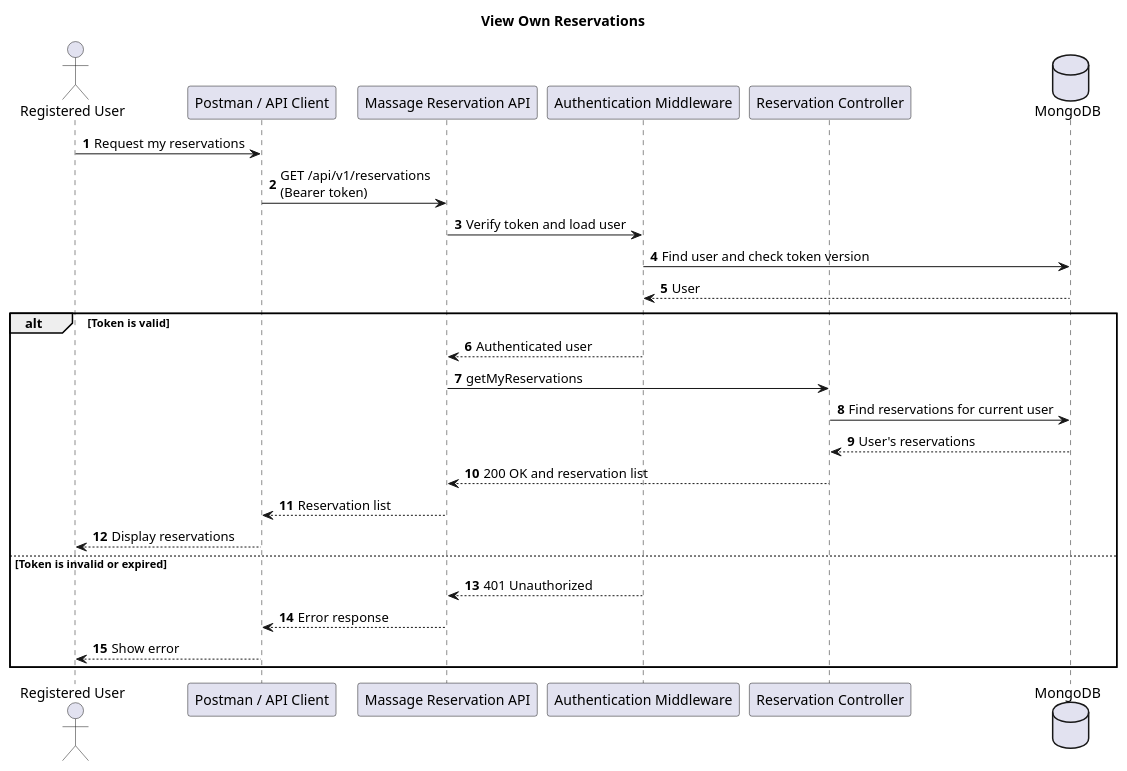
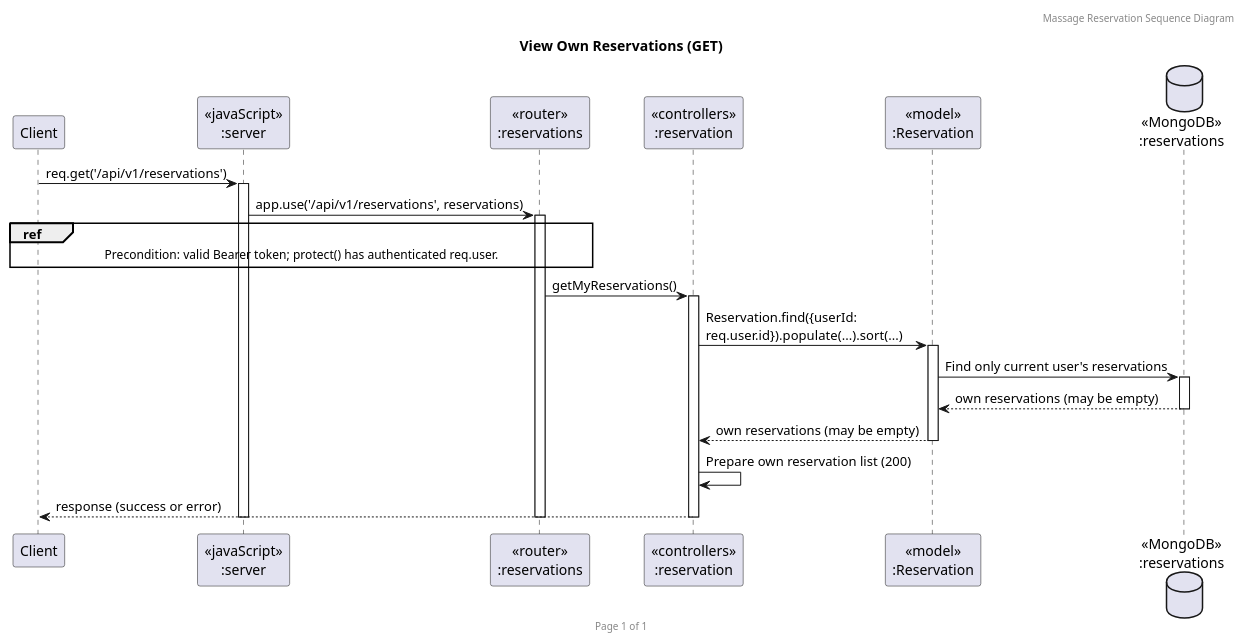
The diagram in docs/diagram/sequence-diagram/specified-requirements/06-view-own-reservations.puml (pim3567/SW-DEV-PRAC-Final-Project), drawn with PlantUML before and after one commit. The commit also changed 12 other files, not shown here.

Commit message:
chore: modified sequence diagrams

```diff
--- a/docs/diagram/sequence-diagram/specified-requirements/06-view-own-reservations.puml
+++ b/docs/diagram/sequence-diagram/specified-requirements/06-view-own-reservations.puml
@@ -1,29 +1,29 @@
 @startuml
-title View Own Reservations
-autonumber
-actor "Registered User" as User
-participant "Postman / API Client" as Client
-participant "Massage Reservation API" as API
-participant "Authentication Middleware" as Auth
-participant "Reservation Controller" as Controller
-database MongoDB as DB
+header Massage Reservation Sequence Diagram
+footer Page %page% of %lastpage%
+skinparam maxMessageSize 320
+title "View Own Reservations (GET)"
 
-User -> Client: Request my reservations
-Client -> API: GET /api/v1/reservations\n(Bearer token)
-API -> Auth: Verify token and load user
-Auth -> DB: Find user and check token version
-DB --> Auth: User
-alt Token is valid
-    Auth --> API: Authenticated user
-    API -> Controller: getMyReservations
-    Controller -> DB: Find reservations for current user
-    DB --> Controller: User's reservations
-    Controller --> API: 200 OK and reservation list
-    API --> Client: Reservation list
-    Client --> User: Display reservations
-else Token is invalid or expired
-    Auth --> API: 401 Unauthorized
-    API --> Client: Error response
-    Client --> User: Show error
-end
+participant "Client" as client
+participant "<<javaScript>>\n:server" as server
+participant "<<router>>\n:reservations" as router
+participant "<<controllers>>\n:reservation" as controller
+participant "<<model>>\n:Reservation" as model
+database "<<MongoDB>>\n:reservations" as db
+
+client -> server ++: req.get('/api/v1/reservations')
+server -> router ++: app.use('/api/v1/reservations', reservations)
+ref over client, router
+    Precondition: valid Bearer token; protect() has authenticated req.user.
+end ref
+router -> controller ++: getMyReservations()
+controller -> model ++: Reservation.find({userId: req.user.id}).populate(...).sort(...)
+model -> db ++: Find only current user's reservations
+db --> model --: own reservations (may be empty)
+model --> controller --: own reservations (may be empty)
+controller -> controller: Prepare own reservation list (200)
+controller --> client --: response (success or error)
+deactivate router
+deactivate server
+
 @enduml
```
